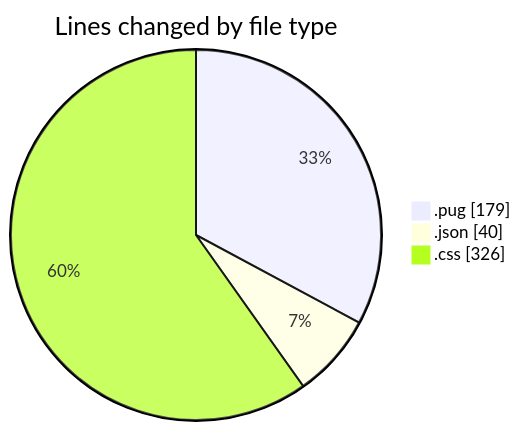
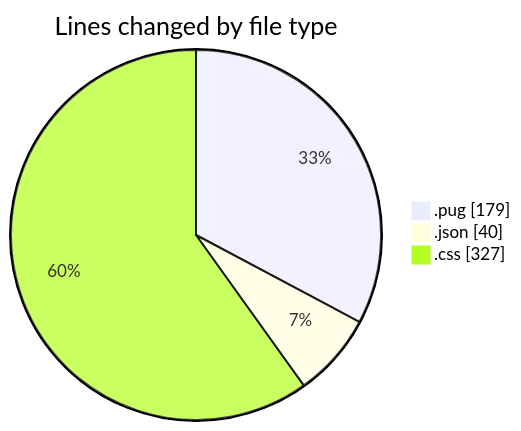
One commit to momahboobian/code-tracking changed the first of 2 diagrams in 2025-11-03/cda/README.md. Above: the diagram before and after it, drawn with Mermaid. The commit also changed other lines of this file and 1 other file, not shown here.

````diff
--- a/2025-11-03/cda/README.md
+++ b/2025-11-03/cda/README.md
@@ -22,7 +22,7 @@
 ```mermaid
 pie showData
 title Lines changed by file type
 ".pug" : 179
 ".json" : 40
-".css" : 326
+".css" : 327
 ```
````
